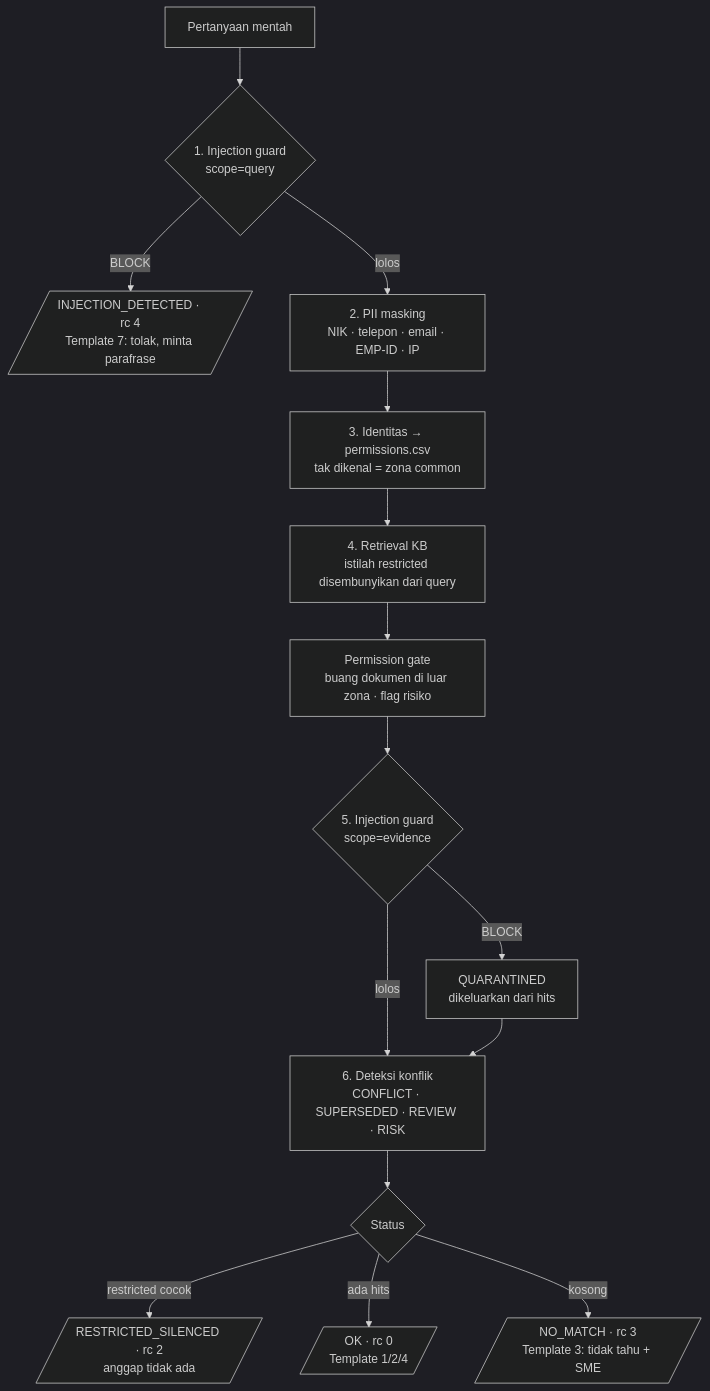
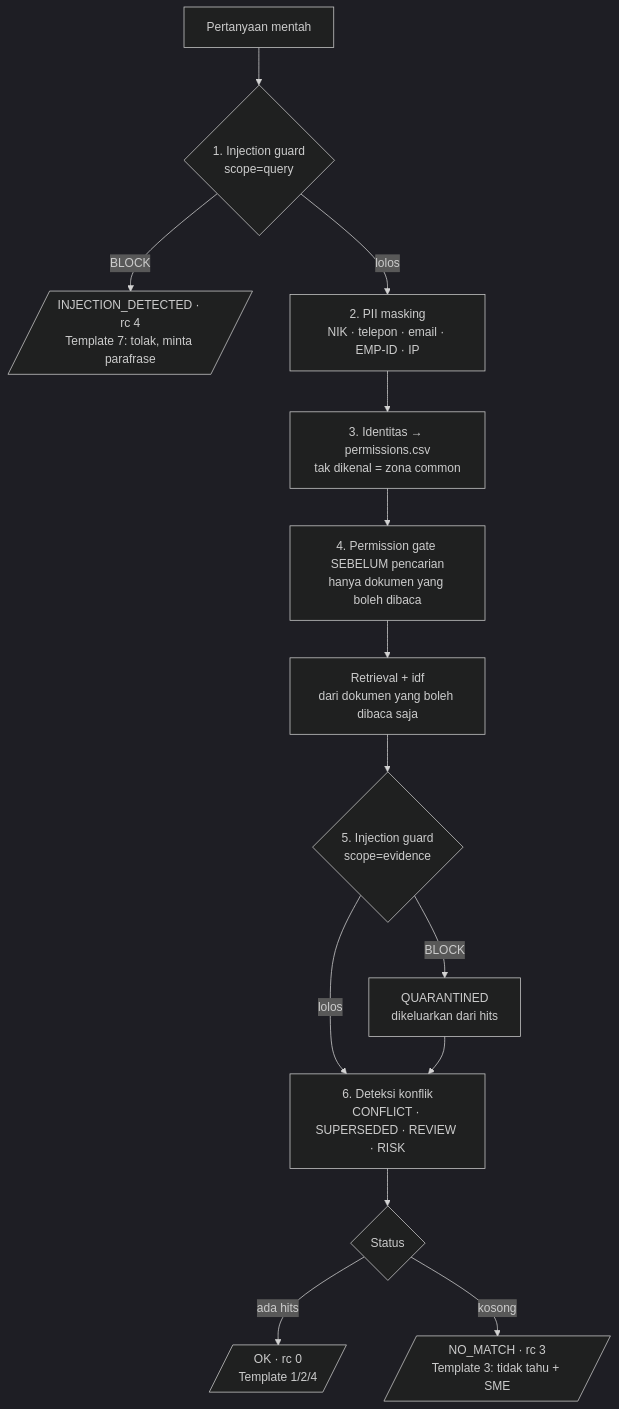
Before and after one commit to izzatbey/tencent-hackathon: the second of 4 diagrams in docs/architecture.md, drawn with Mermaid (dark theme). The commit also changed other lines of this file and 9 other files, not shown here.

````diff
--- a/docs/architecture.md
+++ b/docs/architecture.md
@@ -55,17 +55,16 @@
 ```mermaid
 flowchart TD
     Q[Pertanyaan mentah] --> I1{1. Injection guard<br/>scope=query}
     I1 -- BLOCK --> R4[/"INJECTION_DETECTED · rc 4<br/>Template 7: tolak, minta parafrase"/]
     I1 -- lolos --> P[2. PII masking<br/>NIK · telepon · email · EMP-ID · IP]
     P --> ID[3. Identitas → permissions.csv<br/>tak dikenal = zona common]
-    ID --> S[4. Retrieval KB<br/>istilah restricted disembunyikan dari query]
-    S --> G[Permission gate<br/>buang dokumen di luar zona · flag risiko]
-    G --> I2{5. Injection guard<br/>scope=evidence}
+    ID --> G[4. Permission gate SEBELUM pencarian<br/>hanya dokumen yang boleh dibaca]
+    G --> S[Retrieval + idf<br/>dari dokumen yang boleh dibaca saja]
+    S --> I2{5. Injection guard<br/>scope=evidence}
     I2 -- BLOCK --> QR[QUARANTINED<br/>dikeluarkan dari hits]
     I2 -- lolos --> C[6. Deteksi konflik<br/>CONFLICT · SUPERSEDED · REVIEW · RISK]
     QR --> C
     C --> D{Status}
-    D -- restricted cocok --> R2[/"RESTRICTED_SILENCED · rc 2<br/>anggap tidak ada"/]
     D -- ada hits --> R0[/"OK · rc 0<br/>Template 1/2/4"/]
     D -- kosong --> R3[/"NO_MATCH · rc 3<br/>Template 3: tidak tahu + SME"/]
 ```
````
